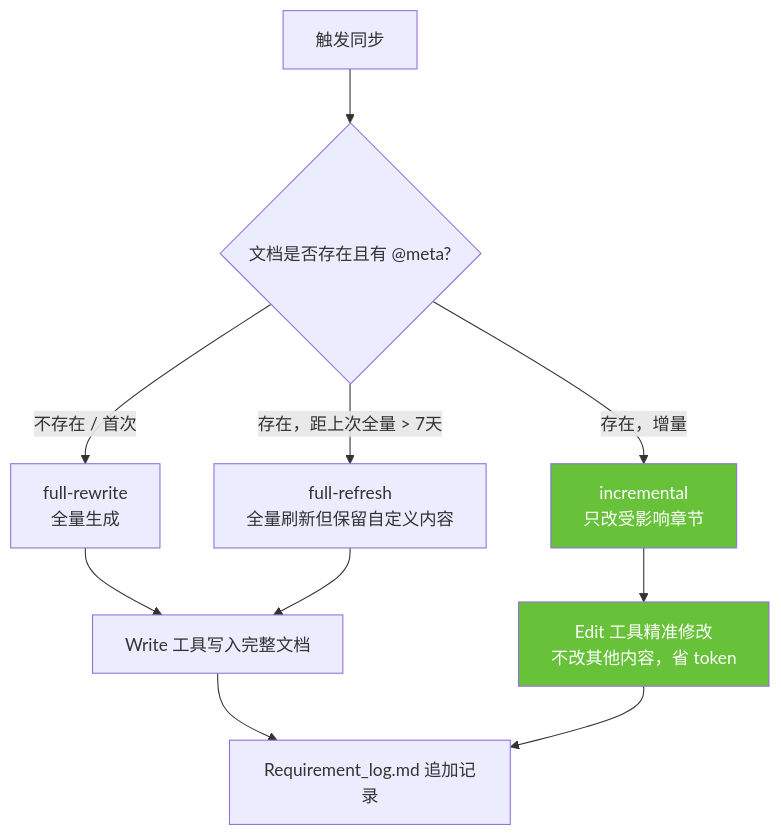
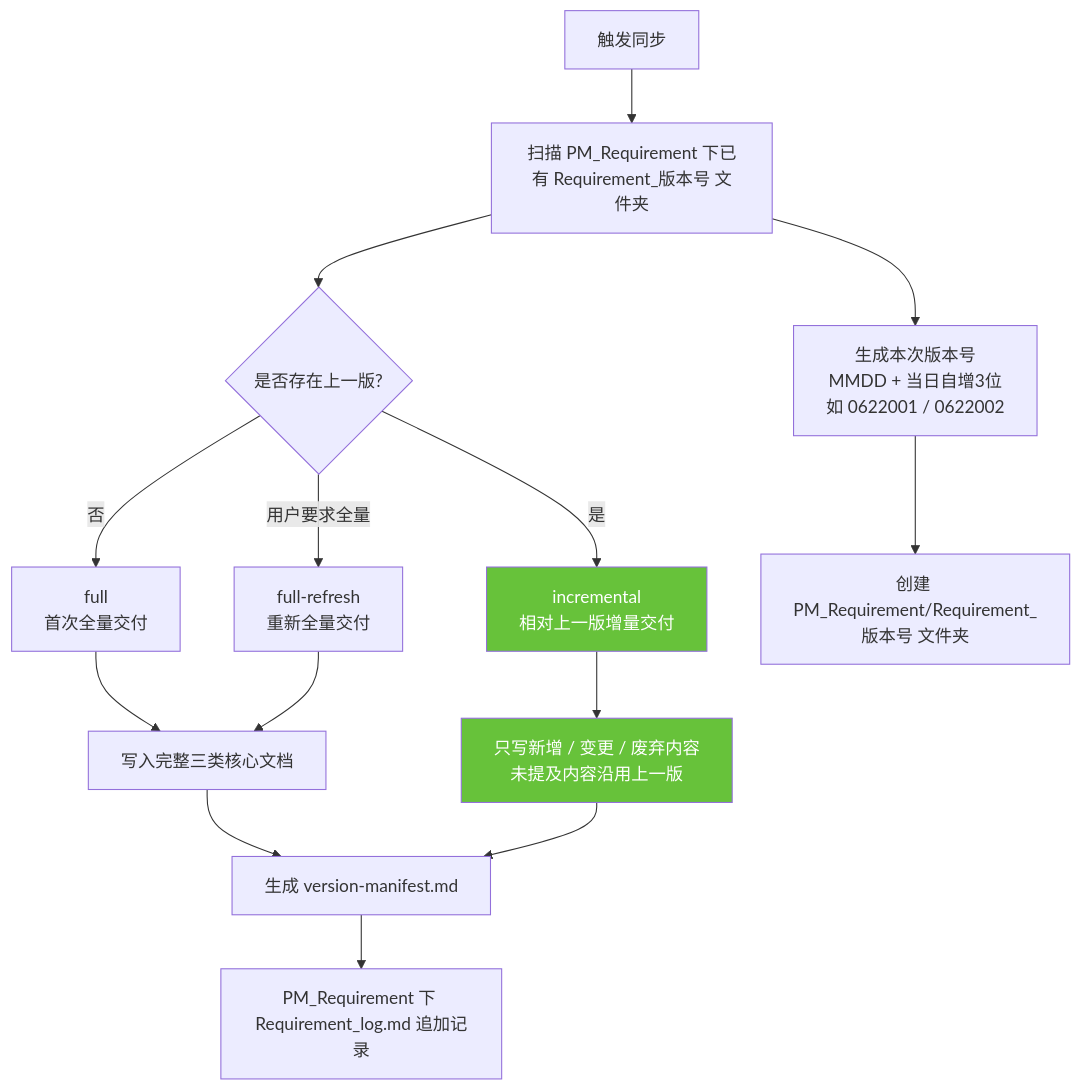
The sixth of 7 diagrams in product-workflow.md (LarryLiny/U-PM-MD-generate), drawn with Mermaid before and after one commit. The commit also changed other lines of this file and 26 other files, not shown here.

First line of the commit message:
feat: demotomd v4.0.0 — 补齐测试可执行性 + Definition of Done + mermaid

````diff
--- a/product-workflow.md
+++ b/product-workflow.md
@@ -184,17 +212,22 @@
 ```mermaid
 flowchart TB
-    TRIGGER[触发同步] --> MODE{文档是否存在且有 @meta?}
-    MODE -- 不存在 / 首次 --> FULL[full-rewrite<br/>全量生成]
-    MODE -- 存在，距上次全量 > 7天 --> REFRESH[full-refresh<br/>全量刷新但保留自定义内容]
-    MODE -- 存在，增量 --> INC[incremental<br/>只改受影响章节]
+    TRIGGER[触发同步] --> SCAN[扫描 PM_Requirement 下已有 Requirement_版本号 文件夹]
+    SCAN --> VERSION[生成本次版本号<br/>MMDD + 当日自增3位<br/>如 0622001 / 0622002]
+    SCAN --> BASE{是否存在上一版?}
 
-    FULL --> WRITE[Write 工具写入完整文档]
+    BASE -- 否 --> FULL[full<br/>首次全量交付]
+    BASE -- 是 --> INC[incremental<br/>相对上一版增量交付]
+    BASE -- 用户要求全量 --> REFRESH[full-refresh<br/>重新全量交付]
+
+    VERSION --> DIR[创建 PM_Requirement/Requirement_版本号 文件夹]
+    FULL --> WRITE[写入完整三类核心文档]
     REFRESH --> WRITE
-    INC --> EDIT[Edit 工具精准修改<br/>不改其他内容，省 token]
+    INC --> DELTA[只写新增 / 变更 / 废弃内容<br/>未提及内容沿用上一版]
 
-    WRITE --> LOG_APPEND[Requirement_log.md 追加记录]
-    EDIT --> LOG_APPEND
+    WRITE --> MANIFEST[生成 version-manifest.md]
+    DELTA --> MANIFEST
+    MANIFEST --> LOG_APPEND[PM_Requirement 下 Requirement_log.md 追加记录]
 
     style INC fill:#67C23A,color:#fff
-    style EDIT fill:#67C23A,color:#fff
+    style DELTA fill:#67C23A,color:#fff
 ```
````
